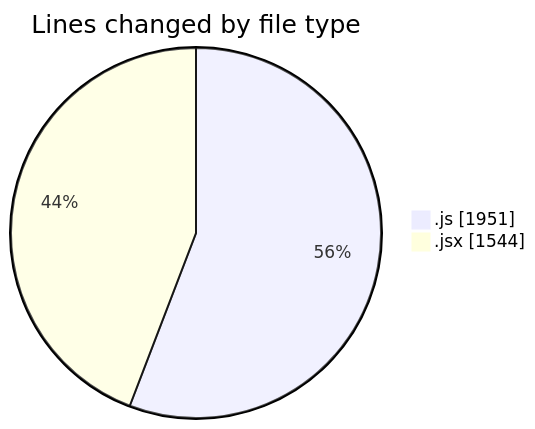
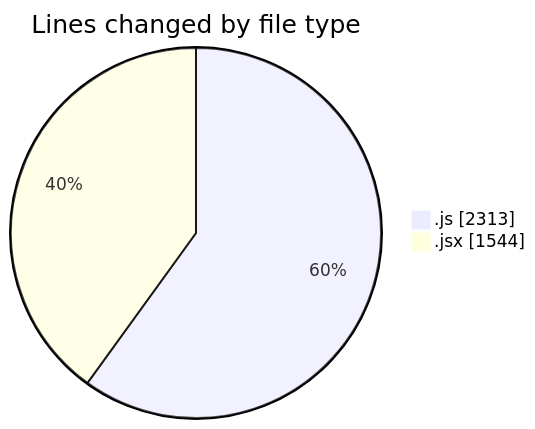
The first of 2 diagrams in 2025-08-29/nxtqube_webapp/README.md (nxtqubesakshisongat/code-tracking), drawn with Mermaid before and after one commit. The commit also changed other lines of this file and 1 other file, not shown here.

````diff
--- a/2025-08-29/nxtqube_webapp/README.md
+++ b/2025-08-29/nxtqube_webapp/README.md
@@ -23,6 +23,6 @@
 ```mermaid
 pie showData
 title Lines changed by file type
-".js" : 1951
+".js" : 2313
 ".jsx" : 1544
 ```
````
